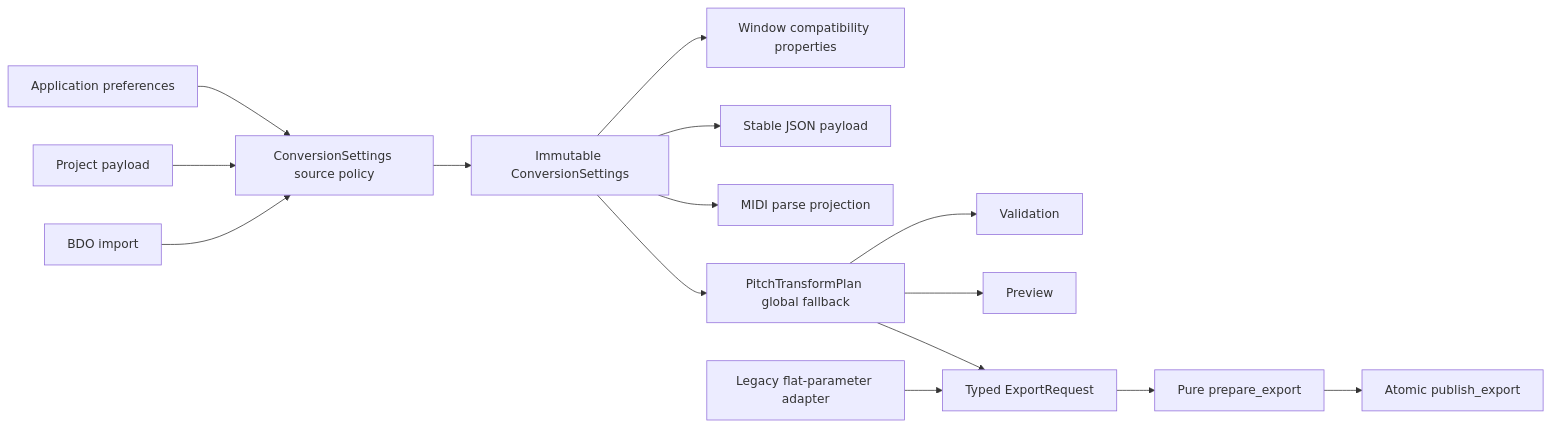
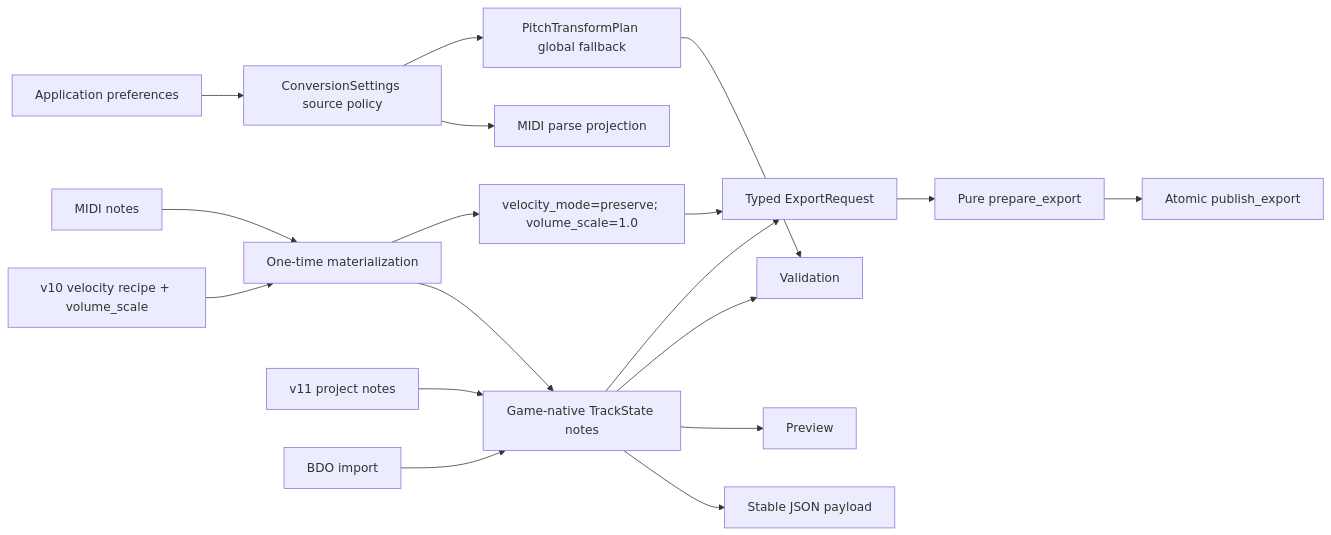
Before and after one commit to CocoaMist/3007-BDO_Music_Composer: the diagram in docs/CONVERSION_SETTINGS.md, drawn with Mermaid. The commit also changed other lines of this file and 198 other files, not shown here.

Commit message:
Harden game-score editor architecture and export integrity

````diff
--- a/docs/CONVERSION_SETTINGS.md
+++ b/docs/CONVERSION_SETTINGS.md
@@ -39,17 +49,20 @@
 ```mermaid
 flowchart LR
     Config["Application preferences"] --> Policy["ConversionSettings source policy"]
-    Project["Project payload"] --> Policy
-    BDO["BDO import"] --> Policy
-    Policy --> State["Immutable ConversionSettings"]
-    State --> UI["Window compatibility properties"]
-    State --> Save["Stable JSON payload"]
-    State --> Parse["MIDI parse projection"]
-    State --> Pitch["PitchTransformPlan global fallback"]
+    Legacy["v10 velocity recipe + volume_scale"] --> Bake["One-time materialization"]
+    MIDI["MIDI notes"] --> Bake
+    Project["v11 project notes"] --> Notes["Game-native TrackState notes"]
+    BDO["BDO import"] --> Notes
+    Bake --> Notes
+    Bake --> Neutral["velocity_mode=preserve; volume_scale=1.0"]
+    Policy --> Parse["MIDI parse projection"]
+    Policy --> Pitch["PitchTransformPlan global fallback"]
     Pitch --> Validate["Validation"]
-    Pitch --> Preview["Preview"]
-    Pitch --> Export["Typed ExportRequest"]
+    Notes --> Save["Stable JSON payload"]
+    Notes --> Preview["Preview"]
+    Notes --> Validate
+    Notes --> Export["Typed ExportRequest"]
+    Neutral --> Export
     Export --> Prepare["Pure prepare_export"]
     Prepare --> Publish["Atomic publish_export"]
-    Legacy["Legacy flat-parameter adapter"] --> Export
 ```
````
